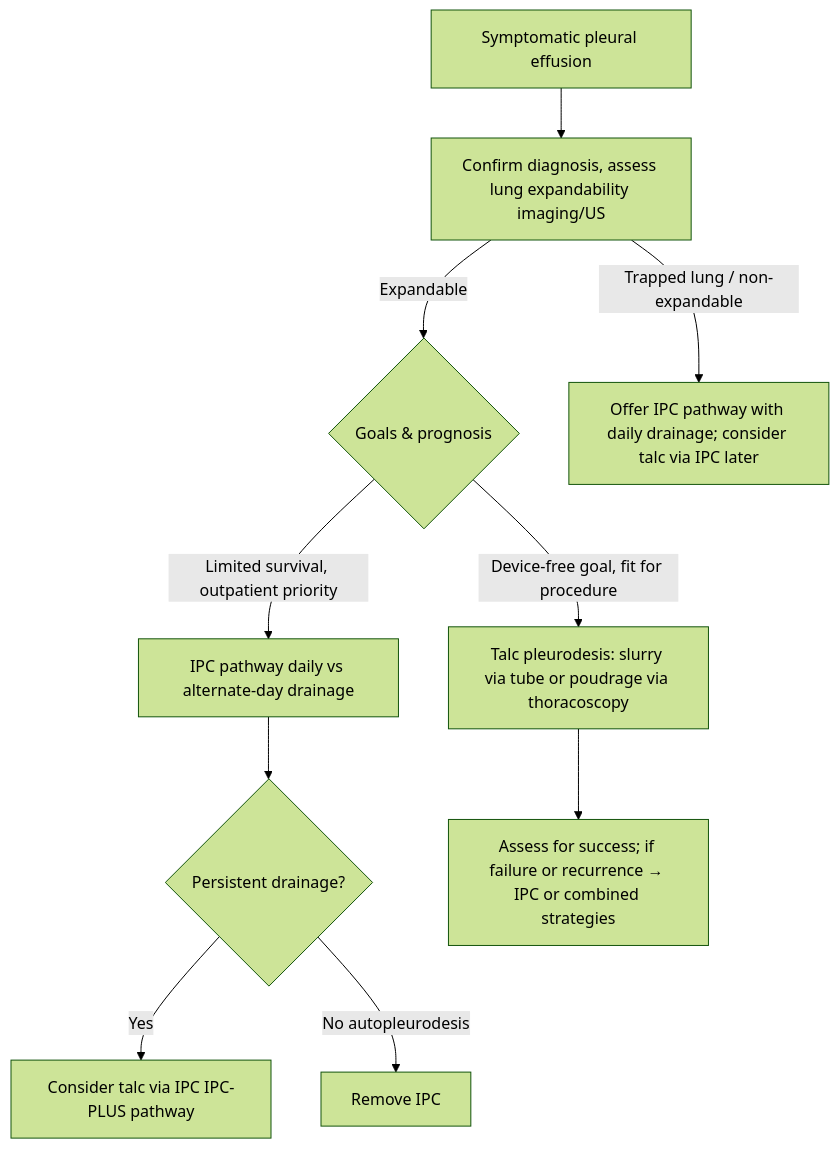
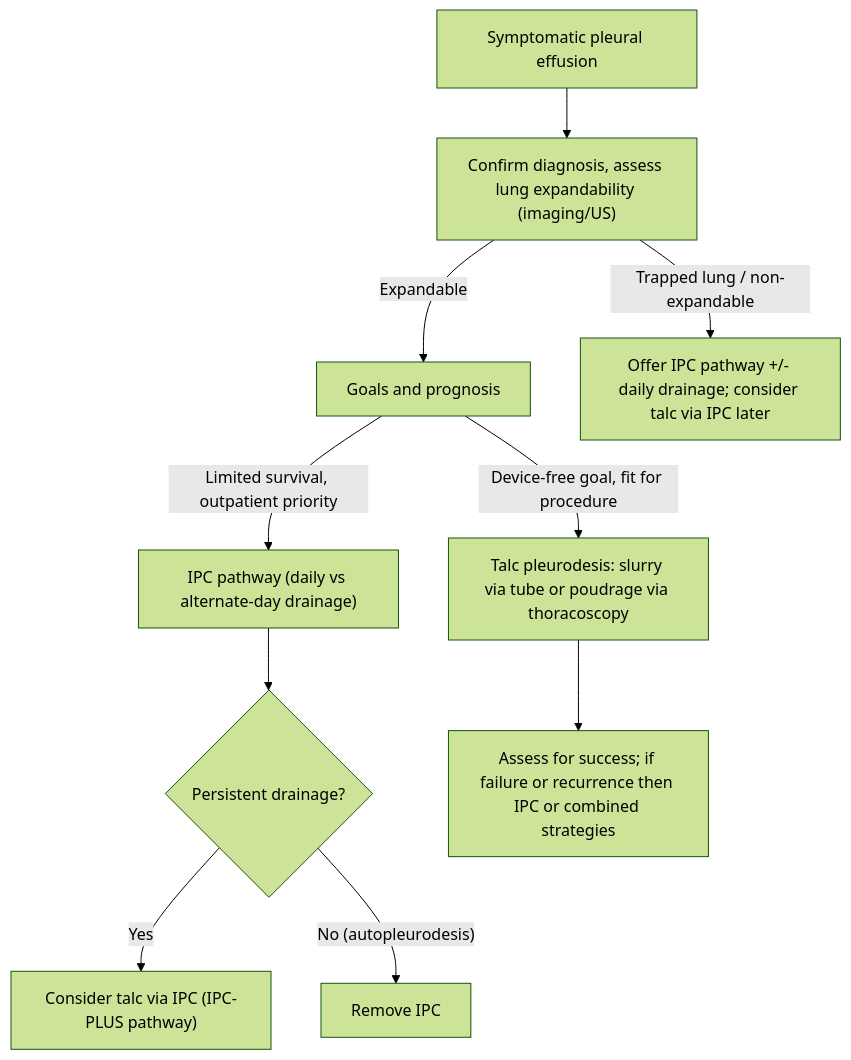
One commit to russellmiller49/Interventional-Pulm-Education-Project changed the diagram in content/modules/board/indwelling-pleural-catheters-and-pleurodesis.mdx. Above: the diagram before and after it, drawn with Mermaid (forest theme). The commit also changed other lines of this file and 45 other files, not shown here.

````diff
--- a/content/modules/board/indwelling-pleural-catheters-and-pleurodesis.mdx
+++ b/content/modules/board/indwelling-pleural-catheters-and-pleurodesis.mdx
@@ -214,12 +156,12 @@
 ```mermaid
-flowchart TD
-A[Symptomatic pleural effusion] --> B[Confirm diagnosis, assess lung expandability imaging/US]
-B -->|Expandable| C{Goals & prognosis}
-B -->|Trapped lung / non-expandable| D[Offer IPC pathway with daily drainage; consider talc via IPC later]
-C -->|Limited survival, outpatient priority| E[IPC pathway daily vs alternate-day drainage]
-C -->|Device-free goal, fit for procedure| F[Talc pleurodesis: slurry via tube or poudrage via thoracoscopy]
-E --> G{Persistent drainage?}
-G -->|Yes| H[Consider talc via IPC IPC-PLUS pathway]
-G -->|No autopleurodesis| I[Remove IPC]
-F --> J[Assess for success; if failure or recurrence → IPC or combined strategies]
+graph TD;
+        A["Symptomatic pleural effusion"] --> B["Confirm diagnosis, assess lung expandability (imaging/US)"];
+        B -- "Expandable" --> C["Goals and prognosis"];
+        B -- "Trapped lung / non-expandable" --> D["Offer IPC pathway +/- daily drainage; consider talc via IPC later"];
+        C -- "Limited survival, outpatient priority" --> E["IPC pathway (daily vs alternate-day drainage)"];
+        C -- "Device-free goal, fit for procedure" --> F["Talc pleurodesis: slurry via tube or poudrage via thoracoscopy"];
+        E --> G{"Persistent drainage?"};
+        G -- "Yes" --> H["Consider talc via IPC (IPC-PLUS pathway)"];
+        G -- "No (autopleurodesis)" --> I["Remove IPC"];
+        F --> J["Assess for success; if failure or recurrence then IPC or combined strategies"];
 ```
````
